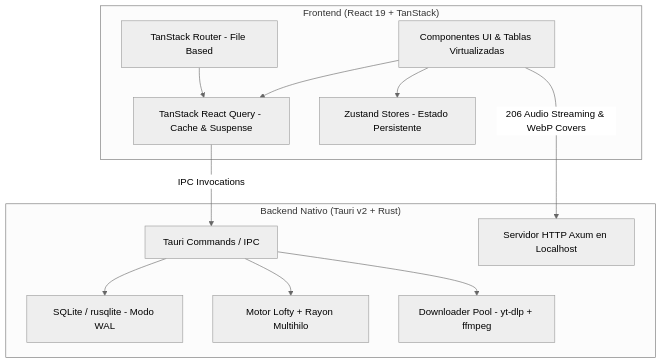
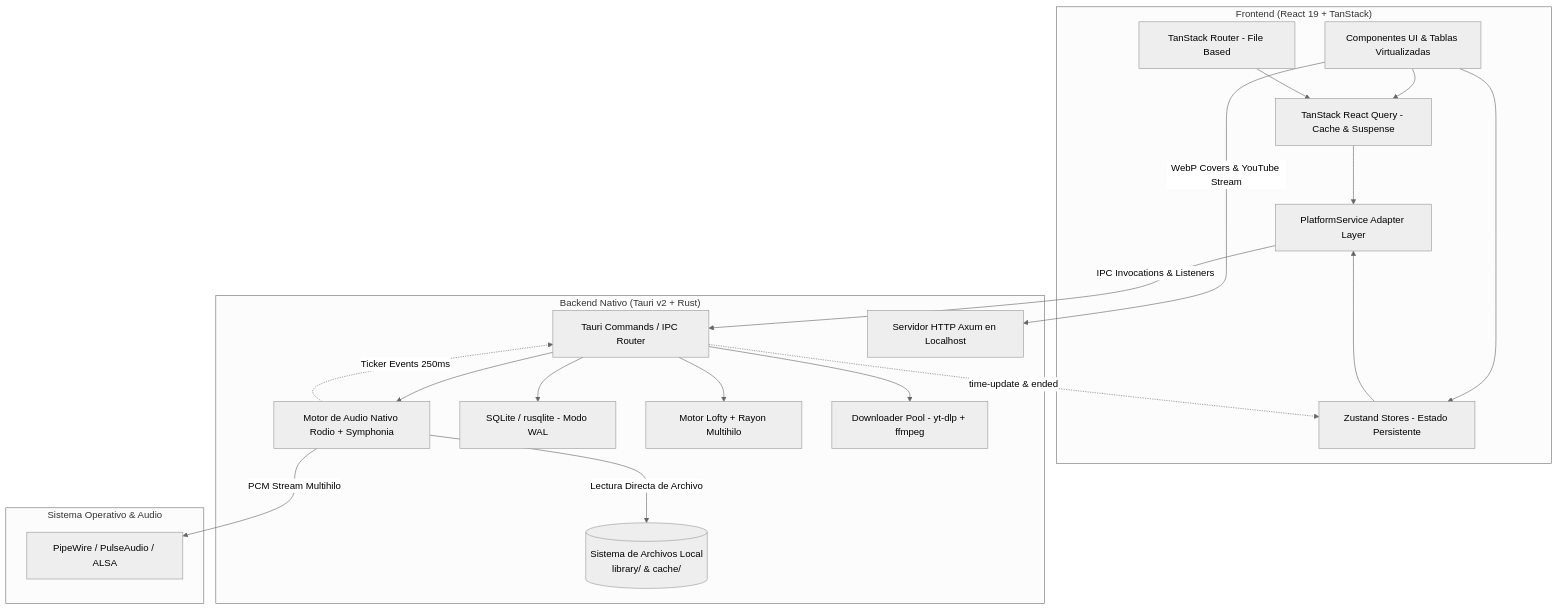
One commit to miguedev1047/ongaku changed the diagram in docs/es/rendimiento.md. Above: the diagram before and after it, drawn with Mermaid (neutral theme). The commit also changed other lines of this file and 1 other file, not shown here.

Commit message:
docs: update architecture diagrams and native rodio audio engine specifications

````diff
--- a/docs/es/rendimiento.md
+++ b/docs/es/rendimiento.md
@@ -11,26 +11,40 @@
 ```mermaid
 graph TD
     subgraph Frontend ["Frontend (React 19 + TanStack)"]
         UI[Componentes UI & Tablas Virtualizadas]
         TR[TanStack Router - File Based]
         TQ[TanStack React Query - Cache & Suspense]
         ZS[Zustand Stores - Estado Persistente]
+        ADAPT[PlatformService Adapter Layer]
     end
 
     subgraph Backend ["Backend Nativo (Tauri v2 + Rust)"]
-        CMD[Tauri Commands / IPC]
+        CMD[Tauri Commands / IPC Router]
+        RODIO[Motor de Audio Nativo Rodio + Symphonia]
         AXUM[Servidor HTTP Axum en Localhost]
         SQL[SQLite / rusqlite - Modo WAL]
         META[Motor Lofty + Rayon Multihilo]
         POOL[Downloader Pool - yt-dlp + ffmpeg]
+        FS[("Sistema de Archivos Local\nlibrary/ & cache/")]
+    end
+
+    subgraph OS ["Sistema Operativo & Audio"]
+        AUDIO[PipeWire / PulseAudio / ALSA]
     end
 
     UI --> TQ
     UI --> ZS
     TR --> TQ
-    TQ -->|IPC Invocations| CMD
-    UI -->|206 Audio Streaming & WebP Covers| AXUM
+    TQ --> ADAPT
+    ZS --> ADAPT
+    ADAPT -->|IPC Invocations & Listeners| CMD
+    UI -->|WebP Covers & YouTube Stream| AXUM
+    CMD --> RODIO
     CMD --> SQL
     CMD --> META
     CMD --> POOL
+    RODIO -->|Lectura Directa de Archivo| FS
+    RODIO -->|PCM Stream Multihilo| AUDIO
+    RODIO -.->|Ticker Events 250ms| CMD
+    CMD -.->|time-update & ended| ZS
 ```
````
